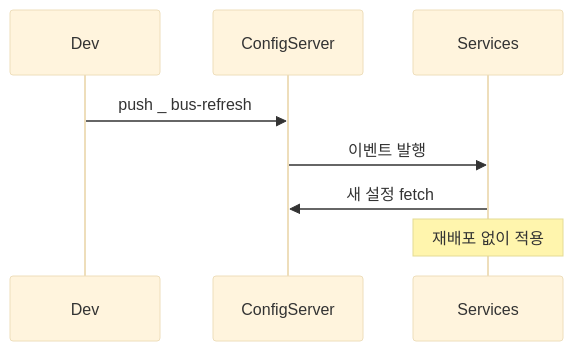
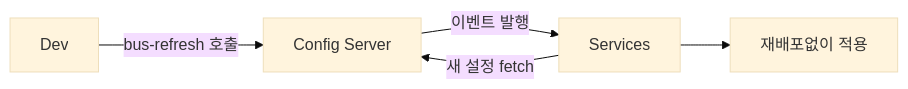
The second of 2 diagrams in _posts/spring/2026-05-01-spring-config.md (yjkim2015/yjkim2015.github.io), drawn with Mermaid (base theme) before and after one commit. The commit also changed 84 other files, not shown here.

First line of the commit message:
85개 포스트 Mermaid 다이어그램 규칙 일괄 수정

````diff
--- a/_posts/spring/2026-05-01-spring-config.md
+++ b/_posts/spring/2026-05-01-spring-config.md
@@ -158,10 +158,7 @@
 ```mermaid
-sequenceDiagram
-    participant DEV as Dev
-    participant CS as ConfigServer
-    participant SVC as Services
-    DEV->>CS: push _ bus-refresh
-    CS->>SVC: 이벤트 발행
-    SVC->>CS: 새 설정 fetch
-    Note over SVC: 재배포 없이 적용
+graph LR
+    DEV["Dev"] -->|"bus-refresh 호출"| CS["Config Server"]
+    CS -->|"이벤트 발행"| SVC["Services"]
+    SVC -->|"새 설정 fetch"| CS
+    SVC --> DONE["재배포없이 적용"]
 ```
````
